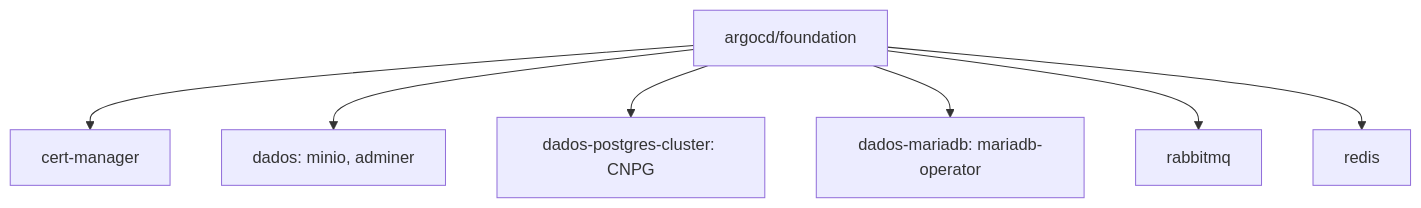
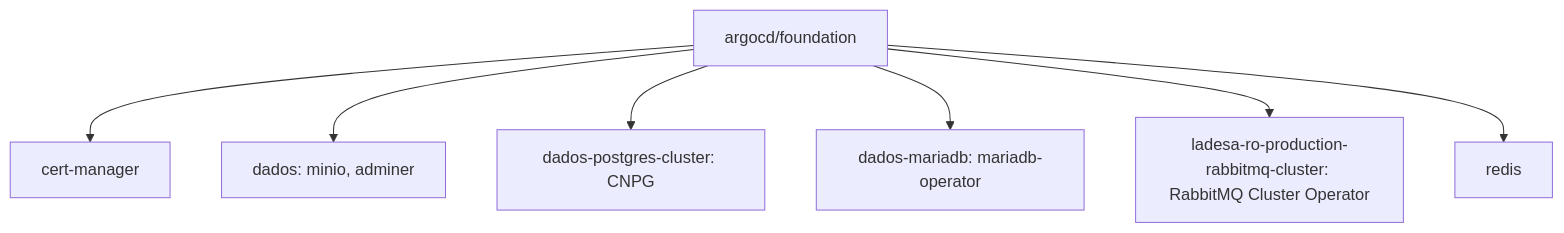
The first of 2 diagrams in docs/arquitetura/foundation.md (ladesa-ro/infrastructure), drawn with Mermaid before and after one commit. The commit also changed other lines of this file and 1 other file, not shown here.

Commit message:
docs(rabbitmq): document cluster operator migration and cutover

````diff
--- a/docs/arquitetura/foundation.md
+++ b/docs/arquitetura/foundation.md
@@ -5,9 +5,9 @@
 ```mermaid
 flowchart TB
     Foundation[argocd/foundation] --> CertManager[cert-manager]
     Foundation --> Dados[dados: minio, adminer]
     Foundation --> PostgresCluster[dados-postgres-cluster: CNPG]
     Foundation --> MariaDBCluster[dados-mariadb: mariadb-operator]
-    Foundation --> RabbitMQ[rabbitmq]
+    Foundation --> RabbitMQCluster[ladesa-ro-production-rabbitmq-cluster: RabbitMQ Cluster Operator]
     Foundation --> Redis[redis]
 ```
````
